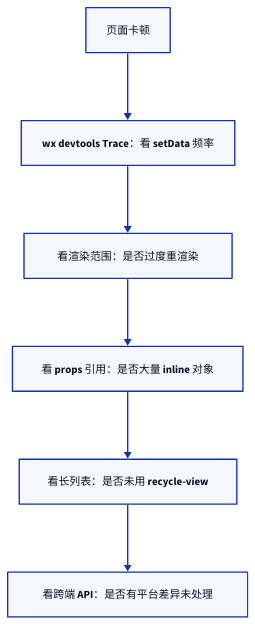
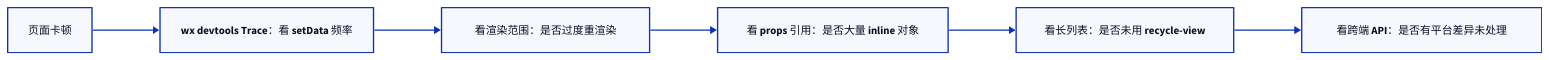
Before and after one commit to youngluo/thinking: the seventh of 7 diagrams in apps/docs/experiences/微信小程序/Taro 原理与实践.md, drawn with D2. The commit also changed other lines of this file, not shown here.

Commit message:
docs: polish Taro architecture article

````diff
--- a/apps/docs/experiences/微信小程序/Taro 原理与实践.md
+++ b/apps/docs/experiences/微信小程序/Taro 原理与实践.md
@@ -560,12 +549,12 @@
 ```d2
-direction: down
+direction: right
 
 start: 页面卡顿
 trace: wx devtools Trace：看 setData 频率
 tree: 看渲染范围：是否过度重渲染
 props: 看 props 引用：是否大量 inline 对象
 list: 看长列表：是否未用 recycle-view
 api: 看跨端 API：是否有平台差异未处理
 
 start -> trace -> tree -> props -> list -> api
 ```
````
